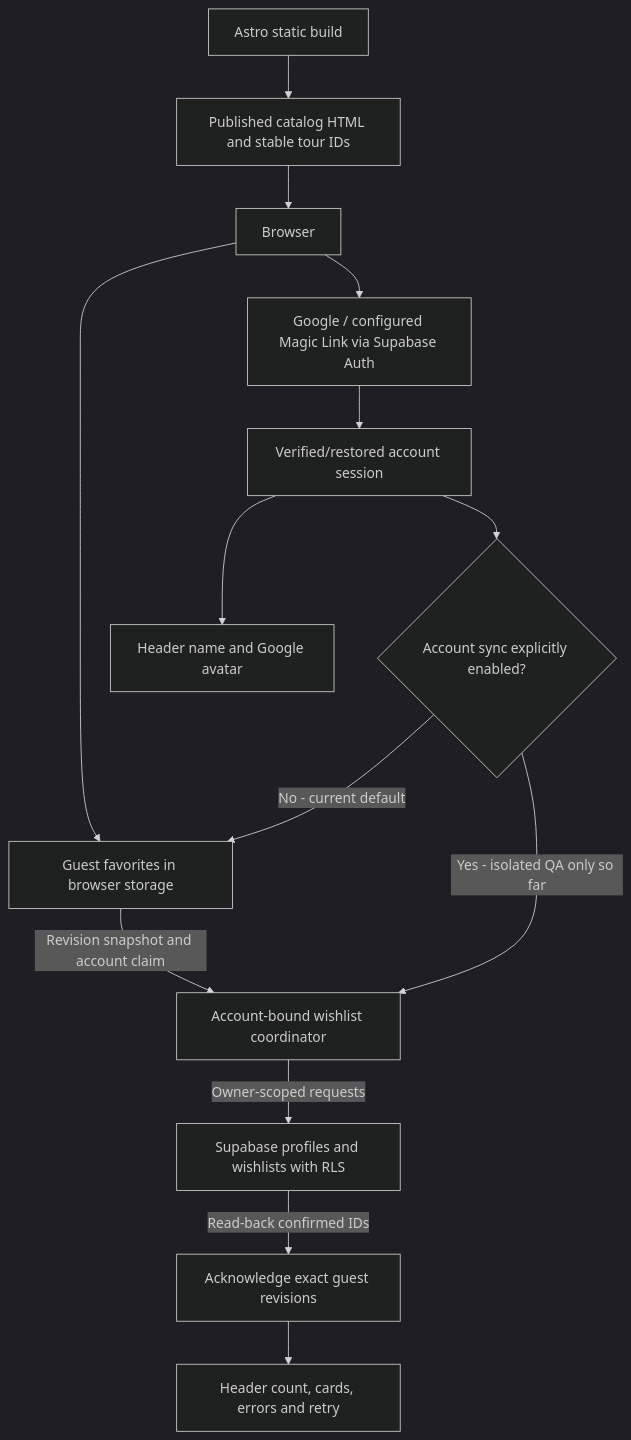
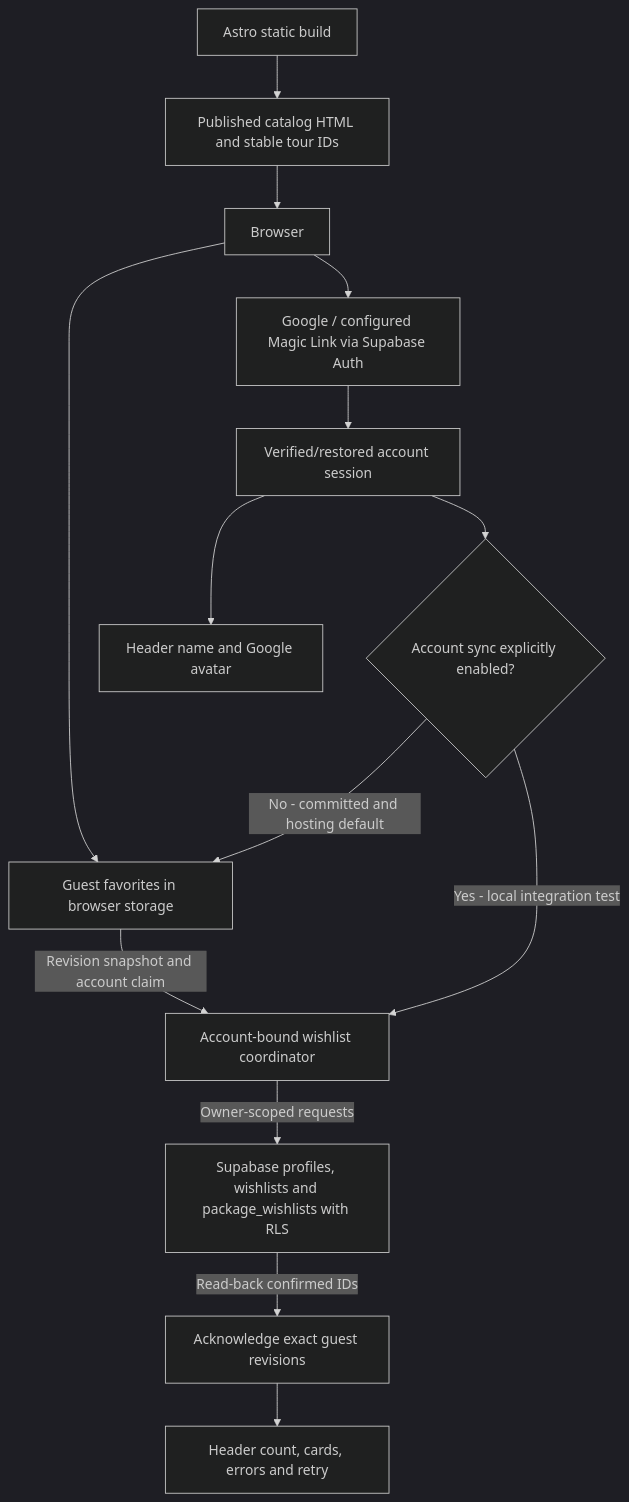
The diagram in astro-site/src/features/auth/PLAN.md (Ahmedmansor/amico-fabio), drawn with Mermaid (dark theme) before and after one commit. The commit also changed other lines of this file and 8 other files, not shown here.

Commit message:
feat(wishlist): activate verified Supabase account schema locally

````diff
--- a/astro-site/src/features/auth/PLAN.md
+++ b/astro-site/src/features/auth/PLAN.md
@@ -27,16 +27,16 @@
 ```mermaid
 flowchart TD
   Build[Astro static build] --> Catalog[Published catalog HTML and stable tour IDs]
   Catalog --> Browser[Browser]
   Browser --> Guest[Guest favorites in browser storage]
   Browser --> Auth[Google / configured Magic Link via Supabase Auth]
   Auth --> Session[Verified/restored account session]
   Session --> Profile[Header name and Google avatar]
   Session --> Gate{Account sync explicitly enabled?}
-  Gate -->|No - current default| Guest
-  Gate -->|Yes - isolated QA only so far| Coordinator[Account-bound wishlist coordinator]
+  Gate -->|No - committed and hosting default| Guest
+  Gate -->|Yes - local integration test| Coordinator[Account-bound wishlist coordinator]
   Guest -->|Revision snapshot and account claim| Coordinator
-  Coordinator -->|Owner-scoped requests| RLS[Supabase profiles and wishlists with RLS]
+  Coordinator -->|Owner-scoped requests| RLS[Supabase profiles, wishlists and package_wishlists with RLS]
   RLS -->|Read-back confirmed IDs| Ack[Acknowledge exact guest revisions]
   Ack --> View[Header count, cards, errors and retry]
 ```
````
